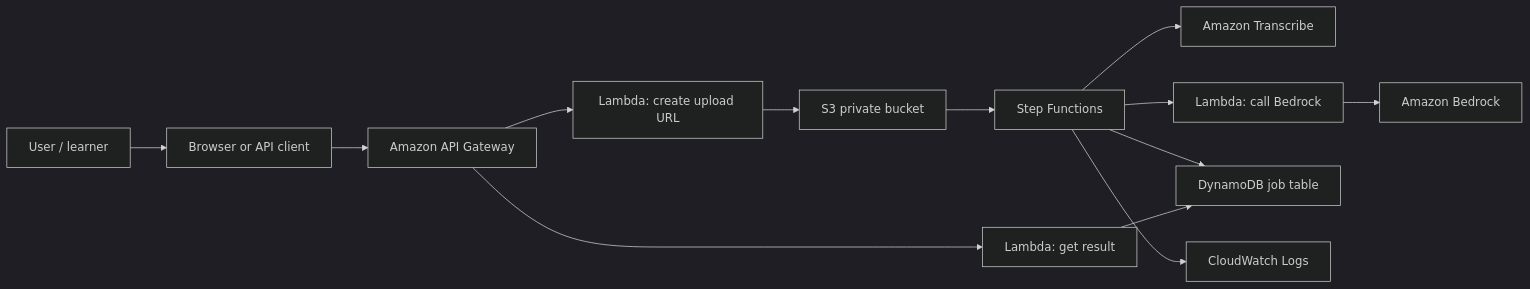
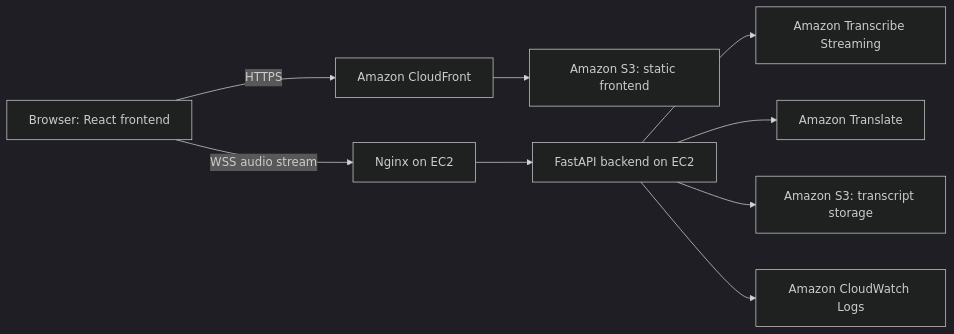
One commit to 9ducanh9/fcj-workshop-template changed the diagram in content/5-Workshop/5.1-Workshop-overview/_index.md. Above: the diagram before and after it, drawn with Mermaid (dark theme). The commit also changed other lines of this file and 29 other files, not shown here.

````diff
--- a/content/5-Workshop/5.1-Workshop-overview/_index.md
+++ b/content/5-Workshop/5.1-Workshop-overview/_index.md
@@ -24,15 +29,11 @@
-{{< mermaid align="left" >}}
+```mermaid
 flowchart LR
-  User["User / learner"] --> Client["Browser or API client"]
-  Client --> APIGW["Amazon API Gateway"]
-  APIGW --> UploadFn["Lambda: create upload URL"]
-  APIGW --> ResultFn["Lambda: get result"]
-  UploadFn --> S3["S3 private bucket"]
-  S3 --> Workflow["Step Functions"]
-  Workflow --> Transcribe["Amazon Transcribe"]
-  Workflow --> AnalyzeFn["Lambda: call Bedrock"]
-  AnalyzeFn --> Bedrock["Amazon Bedrock"]
-  Workflow --> DDB["DynamoDB job table"]
-  ResultFn --> DDB
-  Workflow --> Logs["CloudWatch Logs"]
-{{< /mermaid >}}
+  Browser["Browser: React frontend"] -->|HTTPS| CloudFront["Amazon CloudFront"]
+  CloudFront --> S3Frontend["Amazon S3: static frontend"]
+  Browser -->|WSS audio stream| Nginx["Nginx on EC2"]
+  Nginx --> FastAPI["FastAPI backend on EC2"]
+  FastAPI --> Transcribe["Amazon Transcribe Streaming"]
+  FastAPI --> Translate["Amazon Translate"]
+  FastAPI --> S3Transcripts["Amazon S3: transcript storage"]
+  FastAPI --> CloudWatch["Amazon CloudWatch Logs"]
+```
````
